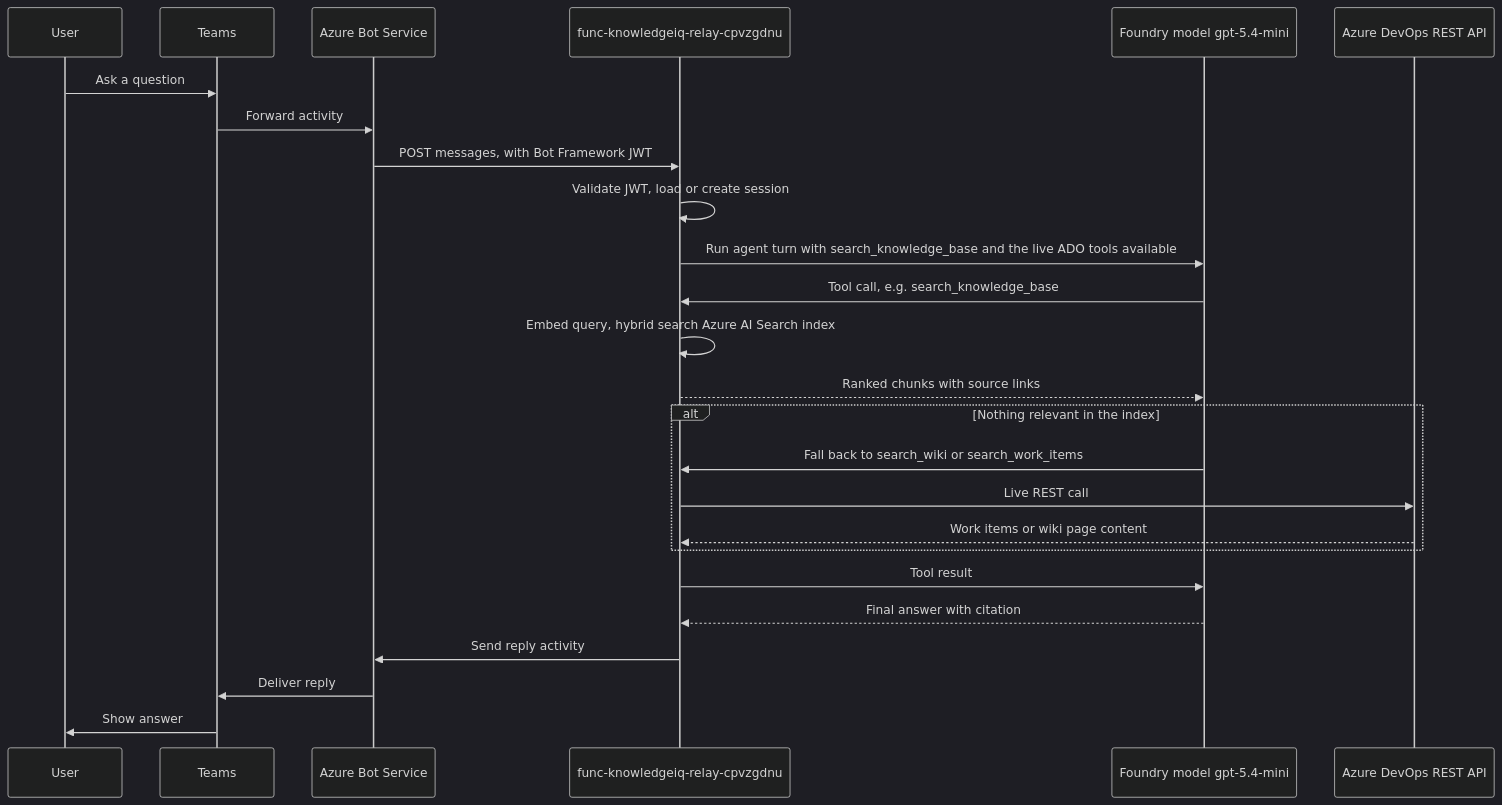
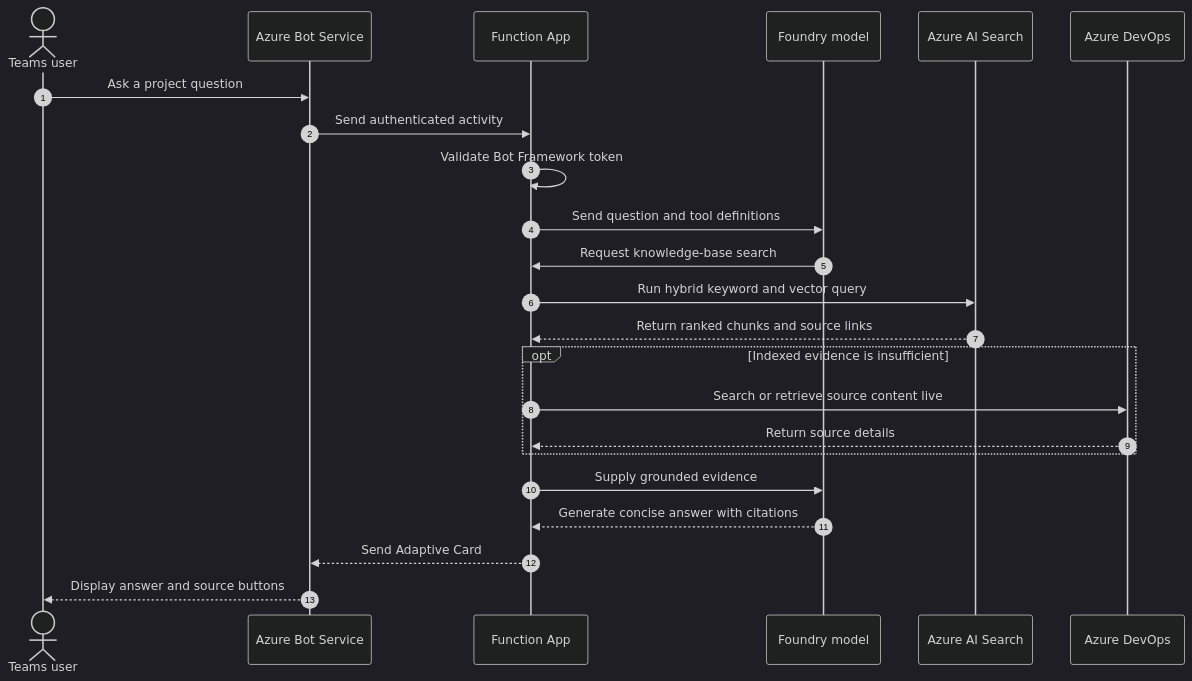
One commit to madhurshukla23/Migration-Knowledge-IQ changed the second of 5 diagrams in docs/architecture.md. Above: the diagram before and after it, drawn with Mermaid (dark theme). The commit also changed other lines of this file, not shown here.

Commit message:
Refactor architecture documentation to enhance clarity and update delivery timelines

````diff
--- a/docs/architecture.md
+++ b/docs/architecture.md
@@ -249,28 +123,26 @@
 ```mermaid
 sequenceDiagram
-    participant User
-    participant Teams
-    participant BotService as Azure Bot Service
-    participant Function as func-knowledgeiq-relay-cpvzgdnu
-    participant Model as Foundry model gpt-5.4-mini
-    participant ADO as Azure DevOps REST API
+    autonumber
+    actor User as Teams user
+    participant Bot as Azure Bot Service
+    participant App as Function App
+    participant Model as Foundry model
+    participant Search as Azure AI Search
+    participant ADO as Azure DevOps
 
-    User->>Teams: Ask a question
-    Teams->>BotService: Forward activity
-    BotService->>Function: POST messages, with Bot Framework JWT
-    Function->>Function: Validate JWT, load or create session
-    Function->>Model: Run agent turn with search_knowledge_base and the live ADO tools available
-    Model->>Function: Tool call, e.g. search_knowledge_base
-    Function->>Function: Embed query, hybrid search Azure AI Search index
-    Function-->>Model: Ranked chunks with source links
-    alt Nothing relevant in the index
-        Model->>Function: Fall back to search_wiki or search_work_items
-        Function->>ADO: Live REST call
-        ADO-->>Function: Work items or wiki page content
+    User->>Bot: Ask a project question
+    Bot->>App: Send authenticated activity
+    App->>App: Validate Bot Framework token
+    App->>Model: Send question and tool definitions
+    Model->>App: Request knowledge-base search
+    App->>Search: Run hybrid keyword and vector query
+    Search-->>App: Return ranked chunks and source links
+    opt Indexed evidence is insufficient
+        App->>ADO: Search or retrieve source content live
+        ADO-->>App: Return source details
     end
-    Function->>Model: Tool result
-    Model-->>Function: Final answer with citation
-    Function->>BotService: Send reply activity
-    BotService->>Teams: Deliver reply
-    Teams->>User: Show answer
+    App->>Model: Supply grounded evidence
+    Model-->>App: Generate concise answer with citations
+    App-->>Bot: Send Adaptive Card
+    Bot-->>User: Display answer and source buttons
 ```
````
